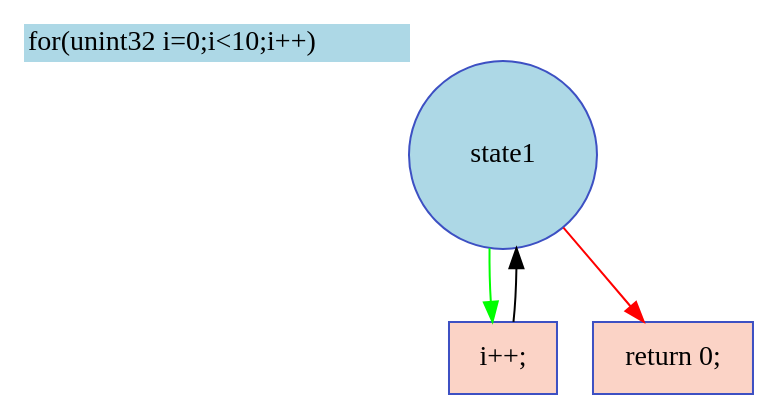
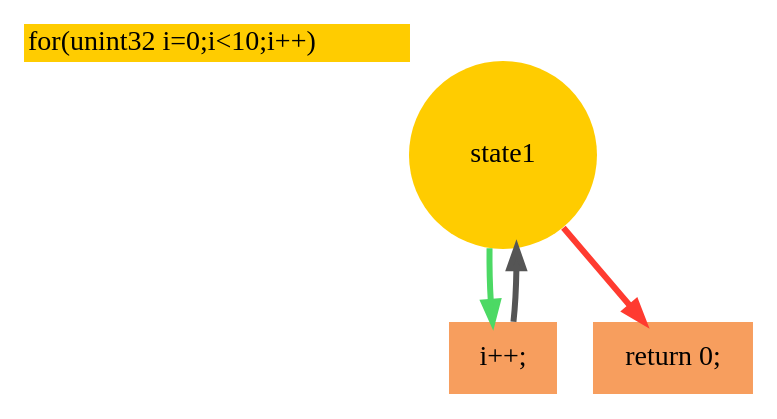
One commit to taylor-swift-13/source2fsm changed the diagram in source2fsm/output/.test_main.dot. Above: the diagram before and after it, drawn with Graphviz. The commit also changed 33 other files, not shown here.

```diff
--- a/source2fsm/output/.test_main.dot
+++ b/source2fsm/output/.test_main.dot
@@ -1,8 +1,8 @@
 digraph "FSM for 'main' function" {
-Node0x14c6891 [shape=circle, color="#3d50c3ff", style=filled, fillcolor="#ADD8E6", label=state1, xlabel=<<TABLE BORDER="0" CELLBORDER="0" CELLSPACING="0"><TR><TD BGCOLOR="lightblue" ALIGN="center">for(unint32 i=0;i&lt;10;i++)</TD></TR></TABLE>>, fixedsize=true, width=1.3, height=1.3];
-Node0x14c6a10 [shape=record, color="#3d50c3ff", style=filled, fillcolor="#f59c7d70", label="{i++;}"];
-Node0x14c6a60 [shape=record, color="#3d50c3ff", style=filled, fillcolor="#f59c7d70", label="{return 0;}"];
-Node0x14c6a10 -> Node0x14c6891;
-Node0x14c6891 -> Node0x14c6a10 [color="#00ff00"];
-Node0x14c6891 -> Node0x14c6a60 [color="#ff0000"];
+Node0x192e8a1 [shape=circle, color=transparent, style=filled, fillcolor="#FFCC00", label=state1, xlabel=<<TABLE BORDER="0" CELLBORDER="0" CELLSPACING="0"><TR><TD BGCOLOR="#FFCC00" ALIGN="center">for(unint32 i=0;i&lt;10;i++)</TD></TR></TABLE>>, fixedsize=true, width=1.3, height=1.3];
+Node0x192ea20 [shape=record, color=transparent, style=filled, fillcolor="#F79e5e", label="{i++;}"];
+Node0x192ea70 [shape=record, color=transparent, style=filled, fillcolor="#F79e5e", label="{return 0;}"];
+Node0x192ea20 -> Node0x192e8a1 [penwidth=3, color="#555555"];
+Node0x192e8a1 -> Node0x192ea20 [color="#4CD964", penwidth=3];
+Node0x192e8a1 -> Node0x192ea70 [color="#FF3B30", penwidth=3];
 }
```
